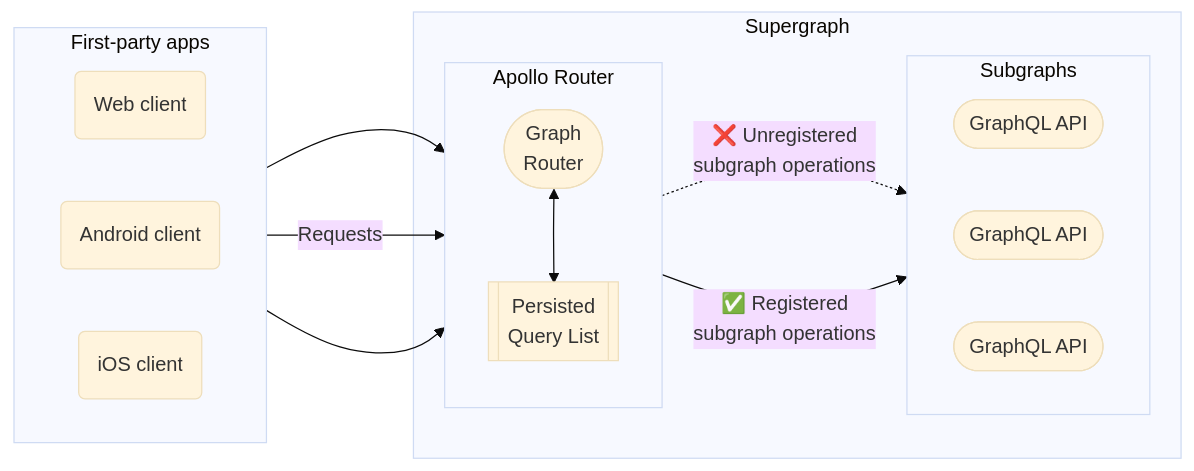
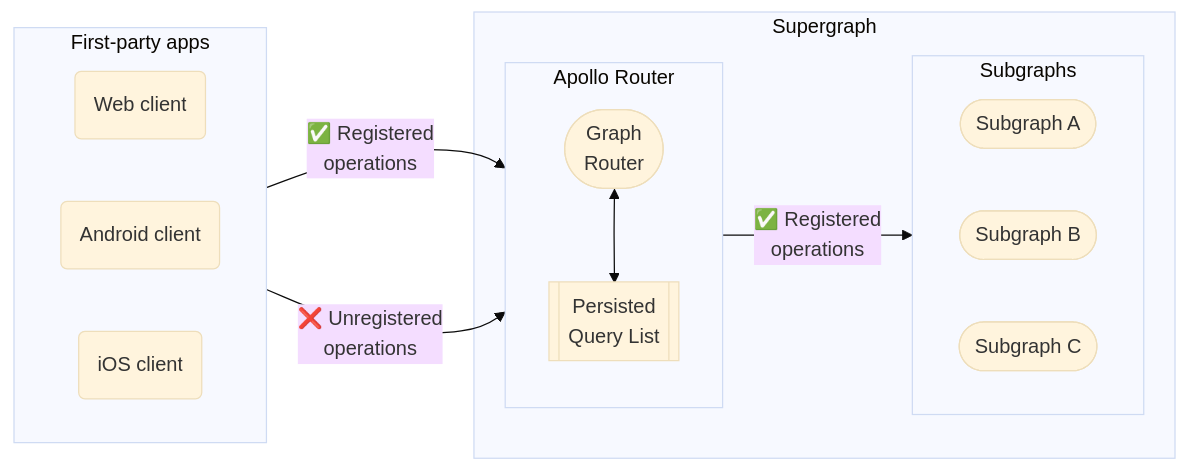
The second of 2 diagrams in src/content/shared/pq-intro.mdx (apollographql/docs), drawn with Mermaid (base theme) before and after one commit. The commit also changed other lines of this file, not shown here.

Commit message:
Address feedback

````diff
--- a/src/content/shared/pq-intro.mdx
+++ b/src/content/shared/pq-intro.mdx
@@ -21,28 +21,26 @@
 ```mermaid
 flowchart LR
-  subgraph Apps["First-party apps"]
-  direction LR
-  webClient("Web client");
-  androidClient("Android client");
-  iosClient("iOS client");
-  end
-  subgraph Supergraph["Supergraph"]
-    subgraph Router["Apollo Router"]
-        direction TB
-        router(["Graph<br/>Router"]);
-        pql[[Persisted<br/>Query List]];
-        router <--> pql
-    end
-    subgraph Subgraphs
-      direction LR
-      api1(["GraphQL API"]);
-      api2(["GraphQL API"]);
-      api3(["GraphQL API"]);
-    end
-  end
-  webClient --> Router
-  androidClient -->|Requests| Router
-  iosClient --> Router
-  Router -.->|"❌ Unregistered<br/> subgraph operations"| Subgraphs
-  Router -->|"✅ Registered<br/> subgraph operations"| Subgraphs
+subgraph Apps["First-party apps"]
+direction LR
+webClient("Web client");
+androidClient("Android client");
+iosClient("iOS client");
+end
+subgraph Supergraph["Supergraph"]
+subgraph Router["Apollo Router"]
+direction TB
+router(["Graph<br/>Router"]);
+pql[[Persisted<br/>Query List]];
+router <--> pql
+end
+subgraph Subgraphs
+direction LR
+api1(["Subgraph A"]);
+api2(["Subgraph B"]);
+api3(["Subgraph C"]);
+end
+end
+Apps -->|"✅ Registered<br/> operations"| Router
+Apps-->|"❌ Unregistered<br/> operations"| Router
+Router -->|"✅ Registered<br/> operations"| Subgraphs
 ```
````
